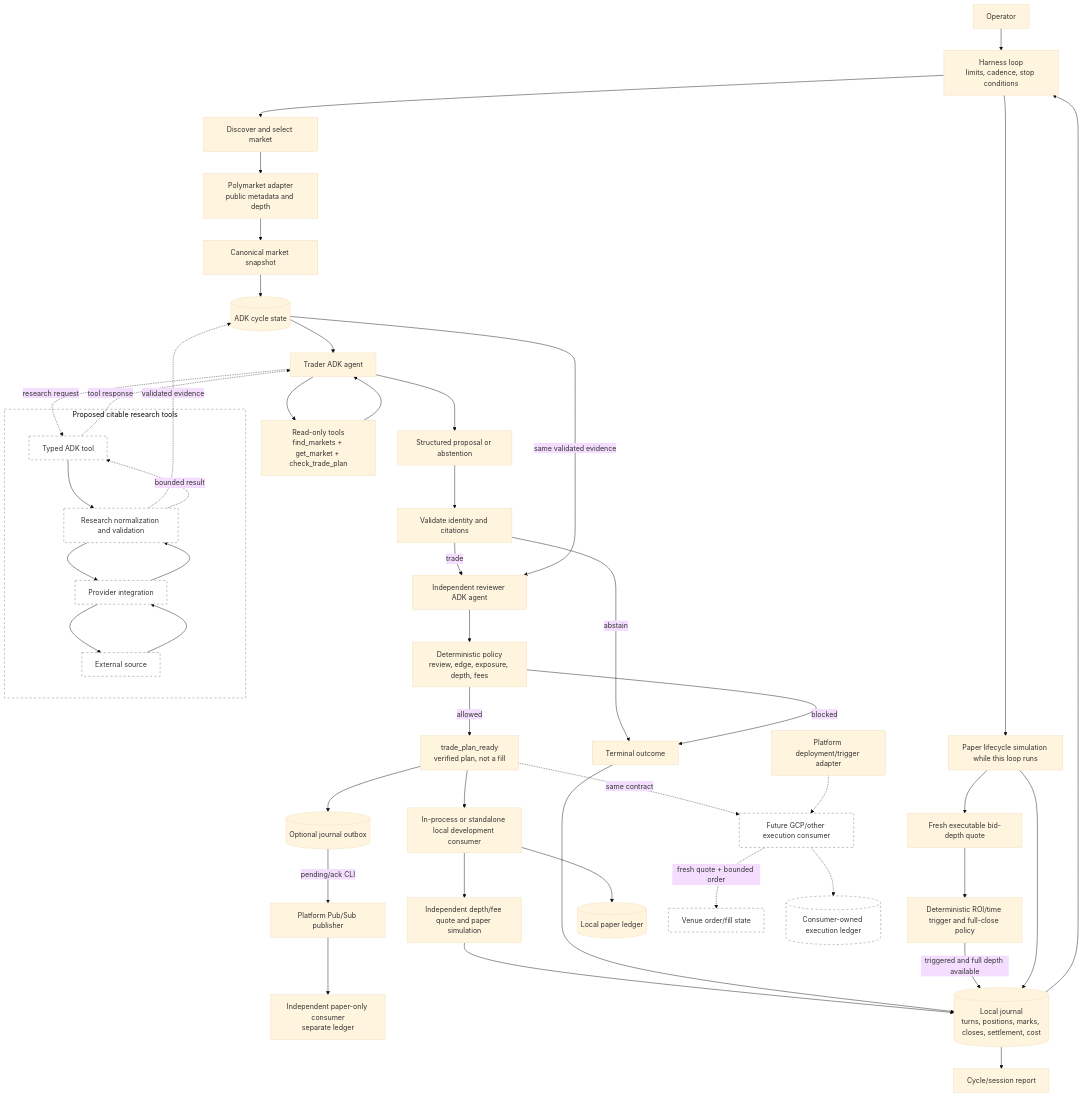
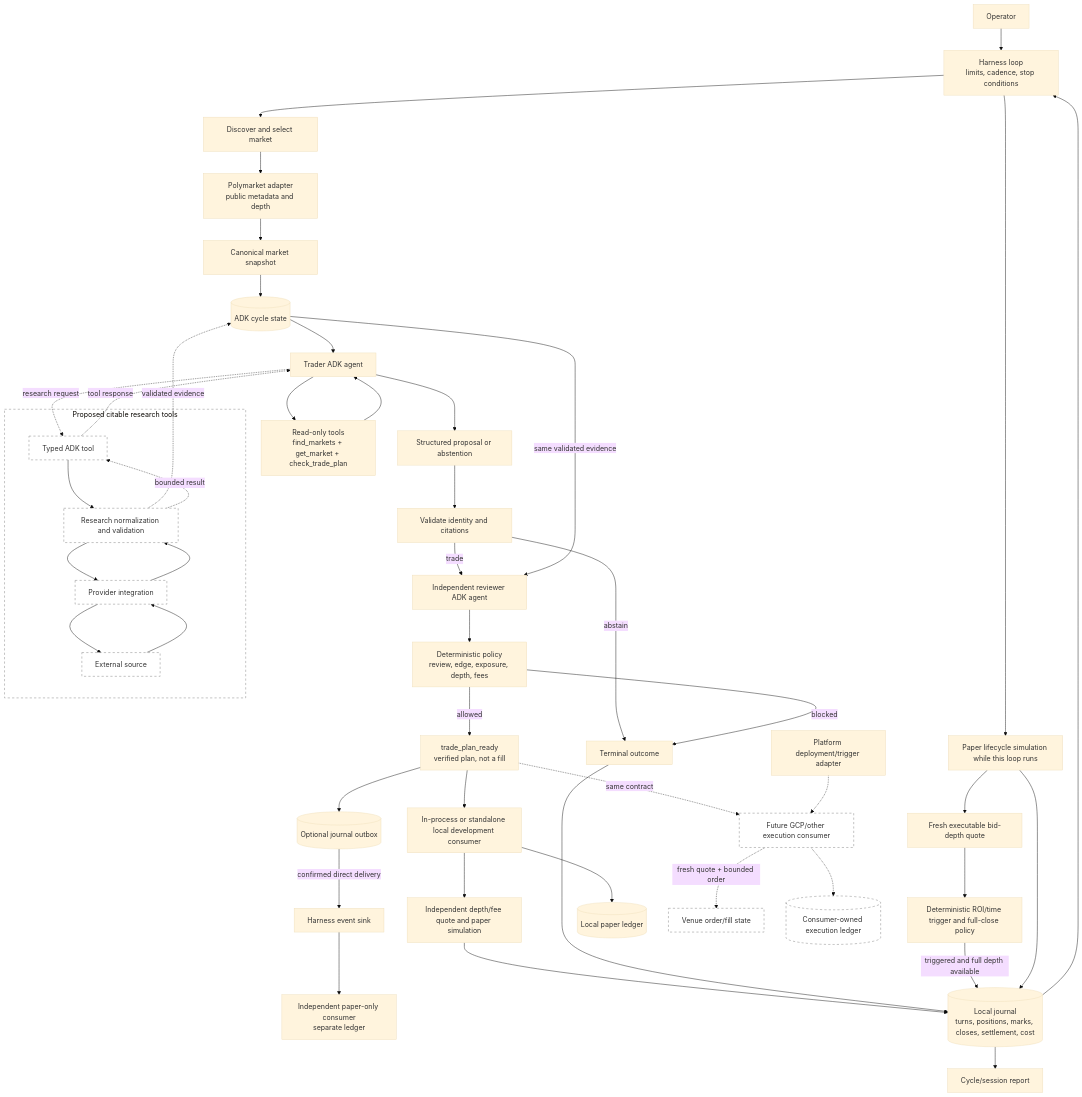
Before and after one commit to JMrtzsn/chrysopoeia: the diagram in harness/docs/architecture.md, drawn with Mermaid (base theme). The commit also changed other lines of this file and 28 other files, not shown here.

Commit message:
Publish events directly from Harness with an optional sink

````diff
--- a/harness/docs/architecture.md
+++ b/harness/docs/architecture.md
@@ -6,57 +6,57 @@
 ```mermaid
 flowchart TD
     Operator --> Loop["Harness loop<br/>limits, cadence, stop conditions"]
     Loop --> Discover["Discover and select market"]
     Discover --> Venue["Polymarket adapter<br/>public metadata and depth"]
     Venue --> Snapshot["Canonical market snapshot"]
     Snapshot --> State[("ADK cycle state")]
 
     State --> Trader["Trader ADK agent"]
     Trader --> ContextTool["Read-only tools<br/>find_markets + get_market + check_trade_plan"]
     ContextTool --> Trader
     Trader --> Proposal["Structured proposal or abstention"]
     Proposal --> Gate["Validate identity and citations"]
     Gate -->|abstain| Outcome["Terminal outcome"]
     Gate -->|trade| Reviewer["Independent reviewer ADK agent"]
     State -->|same validated evidence| Reviewer
     Reviewer --> Policy["Deterministic policy<br/>review, edge, exposure, depth, fees"]
     Policy -->|allowed| Ready["trade_plan_ready<br/>verified plan, not a fill"]
     Ready --> Outbox[("Optional journal outbox")]
-    Outbox -->|"pending/ack CLI"| Publisher["Platform Pub/Sub publisher"]
+    Outbox -->|"confirmed direct delivery"| Publisher["Harness event sink"]
     Ready --> PaperConsumer["In-process or standalone local development consumer"]
     Publisher --> IndependentConsumer["Independent paper-only consumer<br/>separate ledger"]
     PaperConsumer --> Quote["Independent depth/fee quote and paper simulation"]
     Policy -->|blocked| Outcome
     Quote --> Journal[("Local journal<br/>turns, positions, marks, closes, settlement, cost")]
     Outcome --> Journal
     Loop --> Lifecycle["Paper lifecycle simulation while this loop runs"]
     Lifecycle --> ExitQuote["Fresh executable bid-depth quote"]
     ExitQuote --> ExitPolicy["Deterministic ROI/time trigger and full-close policy"]
     ExitPolicy -->|triggered and full depth available| Journal
     Lifecycle --> Journal
     Journal --> Loop
     Journal --> Report["Cycle/session report"]
 
     Ready -. "same contract" .-> ExecutionConsumer["Future GCP/other execution consumer"]
     PaperConsumer --> PaperLedger[("Local paper ledger")]
     ExecutionConsumer -. "fresh quote + bounded order" .-> LiveVenue["Venue order/fill state"]
     ExecutionConsumer -.-> LiveLedger[("Consumer-owned execution ledger")]
     Platform["Platform deployment/trigger adapter"] -.-> ExecutionConsumer
 
     subgraph Planned["Proposed citable research tools"]
         Tool["Typed ADK tool"]
         Core["Research normalization and validation"]
         Integration["Provider integration"]
         Source["External source"]
         Tool --> Core --> Integration --> Source
         Source --> Integration --> Core
     end
     Trader -. "research request" .-> Tool
     Core -. "validated evidence" .-> State
     Core -. "bounded result" .-> Tool
     Tool -. "tool response" .-> Trader
 
     classDef planned fill:#fff,stroke:#777,stroke-dasharray:5 5;
     class Tool,Core,Integration,Source,ExecutionConsumer,LiveVenue,LiveLedger planned;
     style Planned fill:#fff,stroke:#777,stroke-dasharray:5 5;
 ```
````
